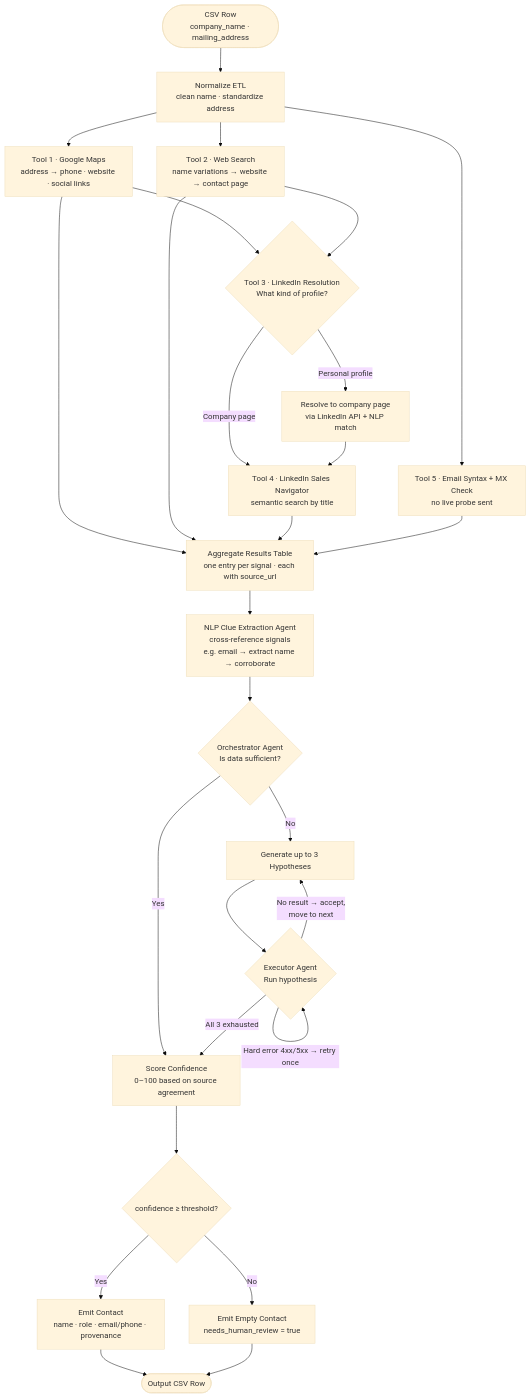
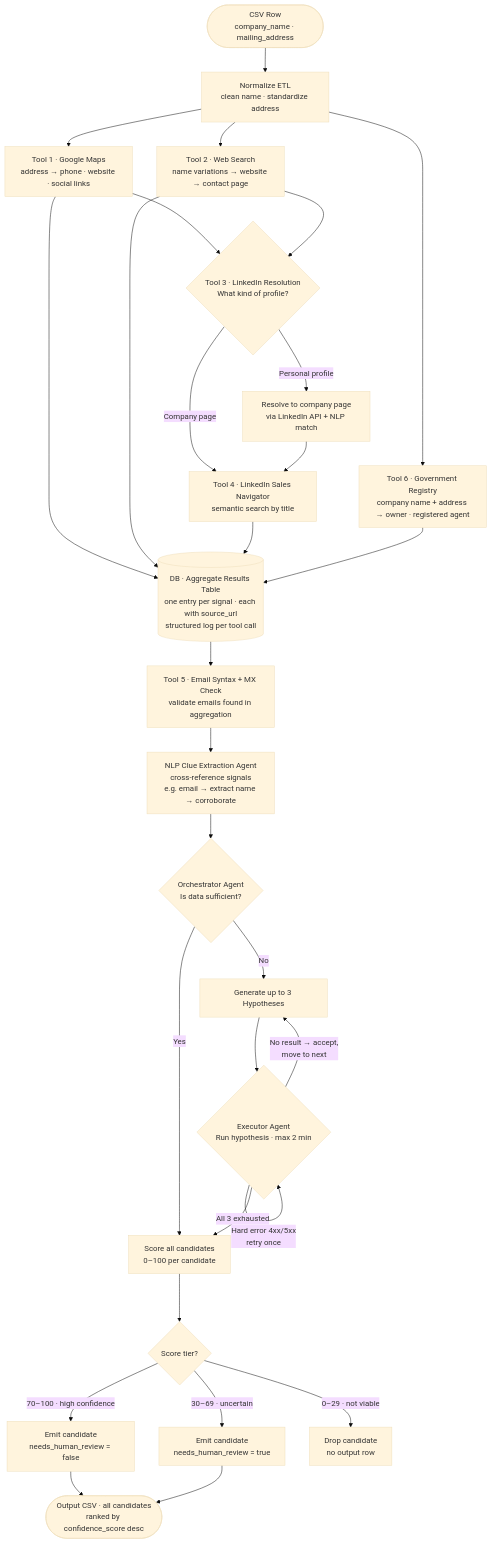
One commit to RafaelCampoTech/hiring-challenge changed the diagram in PLAN.md. Above: the diagram before and after it, drawn with Mermaid (base theme). The commit also changed other lines of this file, not shown here.

Commit message:
Refine project plan with detailed execution model, lookup tools, and confidence scoring logic for candidate enrichment

````diff
--- a/PLAN.md
+++ b/PLAN.md
@@ -53,32 +63,35 @@
 ```mermaid
 flowchart TD
     A([CSV Row\ncompany_name · mailing_address]) --> B[Normalize ETL\nclean name · standardize address]
 
     B --> C1[Tool 1 · Google Maps\naddress → phone · website · social links]
     B --> C2[Tool 2 · Web Search\nname variations → website → contact page]
-    B --> C5[Tool 5 · Email Syntax + MX Check\nno live probe sent]
+    B --> C6[Tool 6 · Government Registry\ncompany name + address → owner · registered agent]
 
     C1 & C2 --> C3{Tool 3 · LinkedIn Resolution\nWhat kind of profile?}
     C3 -- Company page --> C4[Tool 4 · LinkedIn Sales Navigator\nsemantic search by title]
     C3 -- Personal profile --> C3b[Resolve to company page\nvia LinkedIn API + NLP match]
     C3b --> C4
 
-    C1 & C2 & C4 & C5 --> D[Aggregate Results Table\none entry per signal · each with source_url]
+    C1 & C2 & C4 & C6 --> D[(DB · Aggregate Results Table\none entry per signal · each with source_url\nstructured log per tool call)]
 
-    D --> E[NLP Clue Extraction Agent\ncross-reference signals\ne.g. email → extract name → corroborate]
+    D --> C5[Tool 5 · Email Syntax + MX Check\nvalidate emails found in aggregation]
+
+    C5 --> E[NLP Clue Extraction Agent\ncross-reference signals\ne.g. email → extract name → corroborate]
 
     E --> F{Orchestrator Agent\nIs data sufficient?}
 
-    F -- Yes --> G[Score Confidence\n0–100 based on source agreement]
+    F -- Yes --> G[Score all candidates\n0–100 per candidate]
     F -- No  --> H[Generate up to 3 Hypotheses]
-    H --> I{Executor Agent\nRun hypothesis}
+    H --> I{Executor Agent\nRun hypothesis · max 2 min}
     I -- No result → accept,\nmove to next --> H
-    I -- Hard error 4xx/5xx → retry once --> I
+    I -- Hard error 4xx/5xx\nretry once --> I
     I -- All 3 exhausted --> G
 
-    G --> J{confidence ≥ threshold?}
-    J -- Yes --> K[Emit Contact\nname · role · email/phone · provenance]
-    J -- No  --> L[Emit Empty Contact\nneeds_human_review = true]
+    G --> J{Score tier?}
+    J -- 70–100 · high confidence --> K[Emit candidate\nneeds_human_review = false]
+    J -- 30–69 · uncertain --> L[Emit candidate\nneeds_human_review = true]
+    J -- 0–29 · not viable --> M[Drop candidate\nno output row]
 
-    K & L --> M([Output CSV Row])
+    K & L --> N([Output CSV · all candidates\nranked by confidence_score desc])
 ```
````
